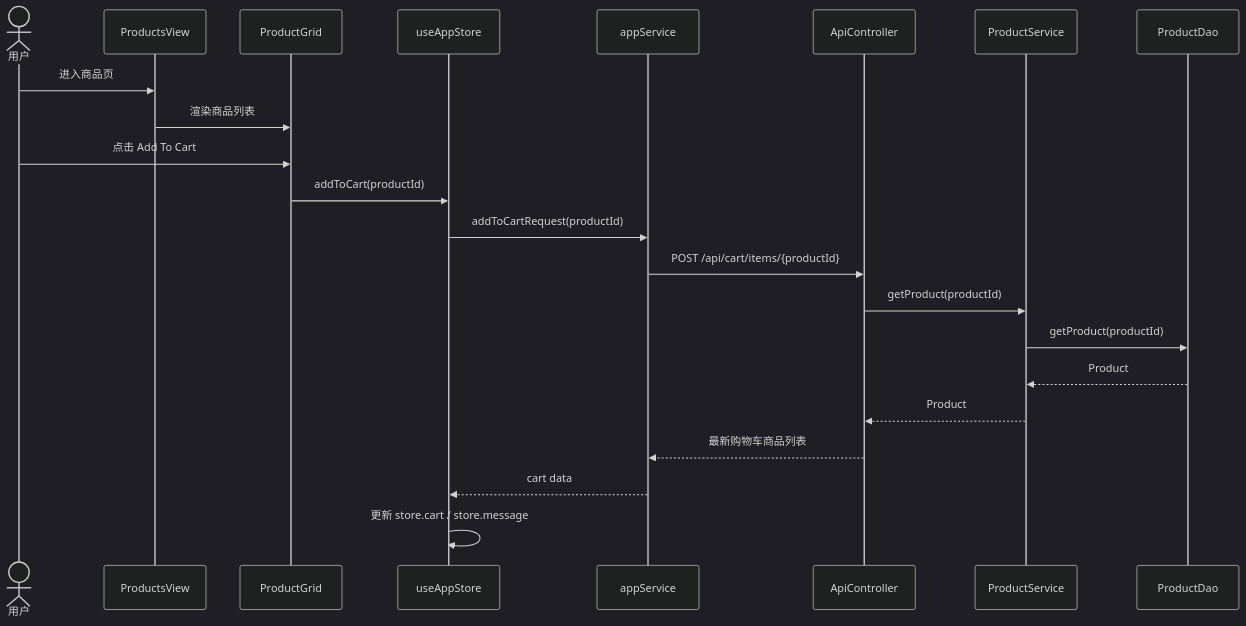
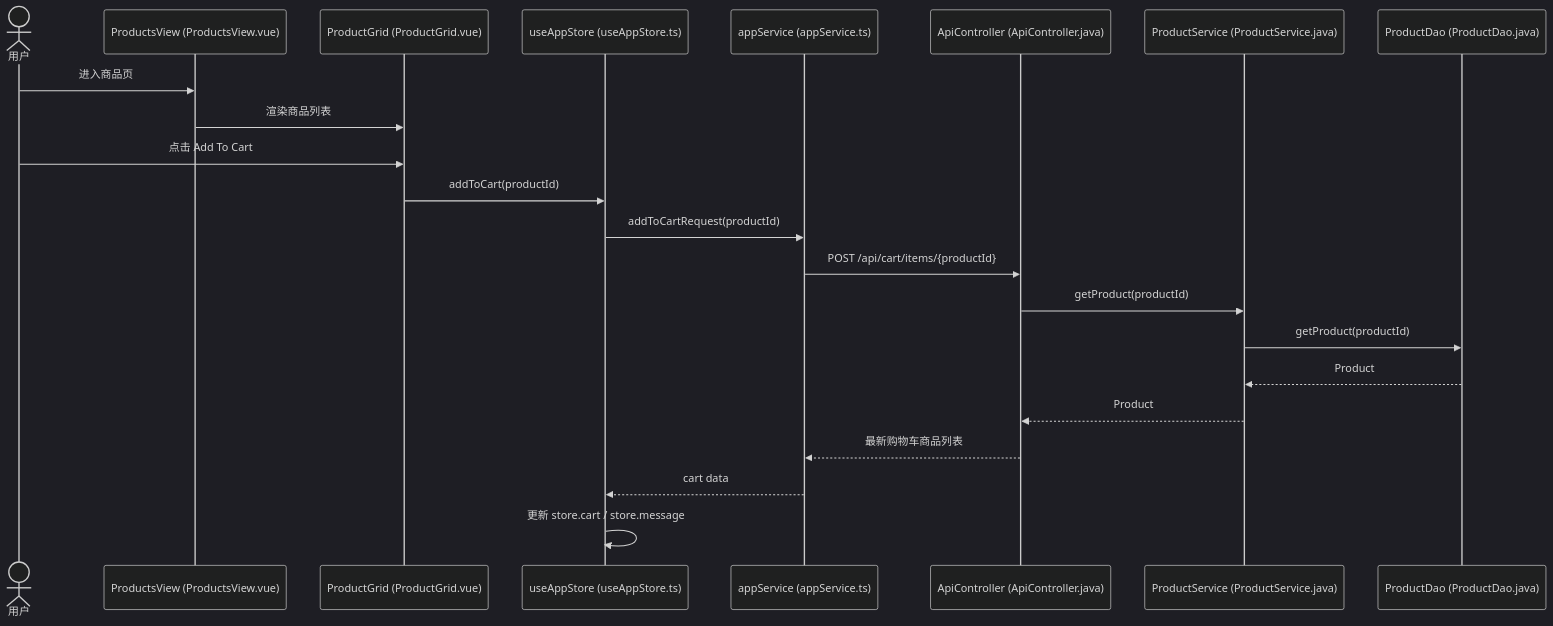
Before and after one commit to kurekako2017/vscode_study: the second of 5 diagrams in java-projects/JtProject-Vue/docs/README.md, drawn with Mermaid (dark theme). The commit also changed other lines of this file and 11 other files, not shown here.

Commit message:
docs: expand AWS and project diagrams

````diff
--- a/java-projects/JtProject-Vue/docs/README.md
+++ b/java-projects/JtProject-Vue/docs/README.md
@@ -512,25 +286,25 @@
 ```mermaid
 sequenceDiagram
 		actor U as 用户
-		participant V as ProductsView
-		participant G as ProductGrid
-		participant S as useAppStore
-		participant A as appService
-		participant C as ApiController
-		participant PS as ProductService
-		participant PD as ProductDao
+		participant V as ProductsView (ProductsView.vue)
+		participant G as ProductGrid (ProductGrid.vue)
+		participant S as useAppStore (useAppStore.ts)
+		participant A as appService (appService.ts)
+		participant C as ApiController (ApiController.java)
+		participant PS as ProductService (ProductService.java)
+		participant PD as ProductDao (ProductDao.java)
 
 		U->>V: 进入商品页
 		V->>G: 渲染商品列表
 		U->>G: 点击 Add To Cart
 		G->>S: addToCart(productId)
 		S->>A: addToCartRequest(productId)
 		A->>C: POST /api/cart/items/{productId}
 		C->>PS: getProduct(productId)
 		PS->>PD: getProduct(productId)
 		PD-->>PS: Product
 		PS-->>C: Product
 		C-->>A: 最新购物车商品列表
 		A-->>S: cart data
 		S->>S: 更新 store.cart / store.message
 ```
````
